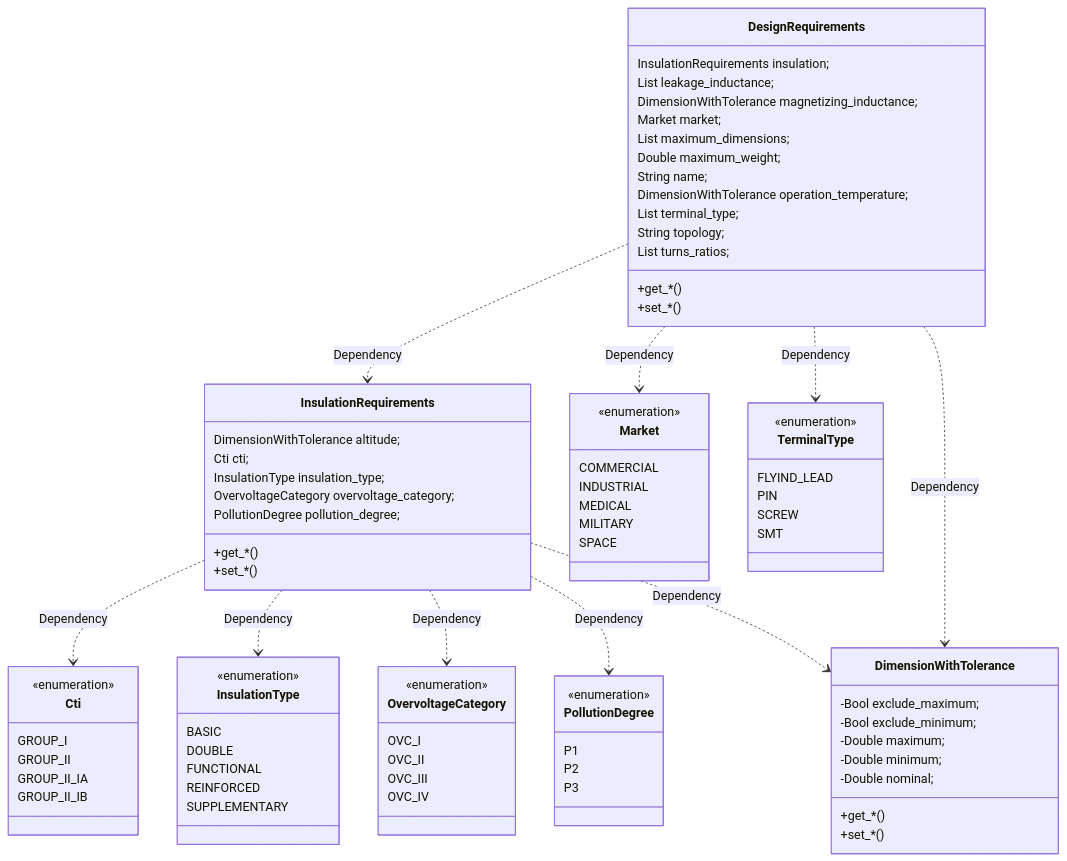
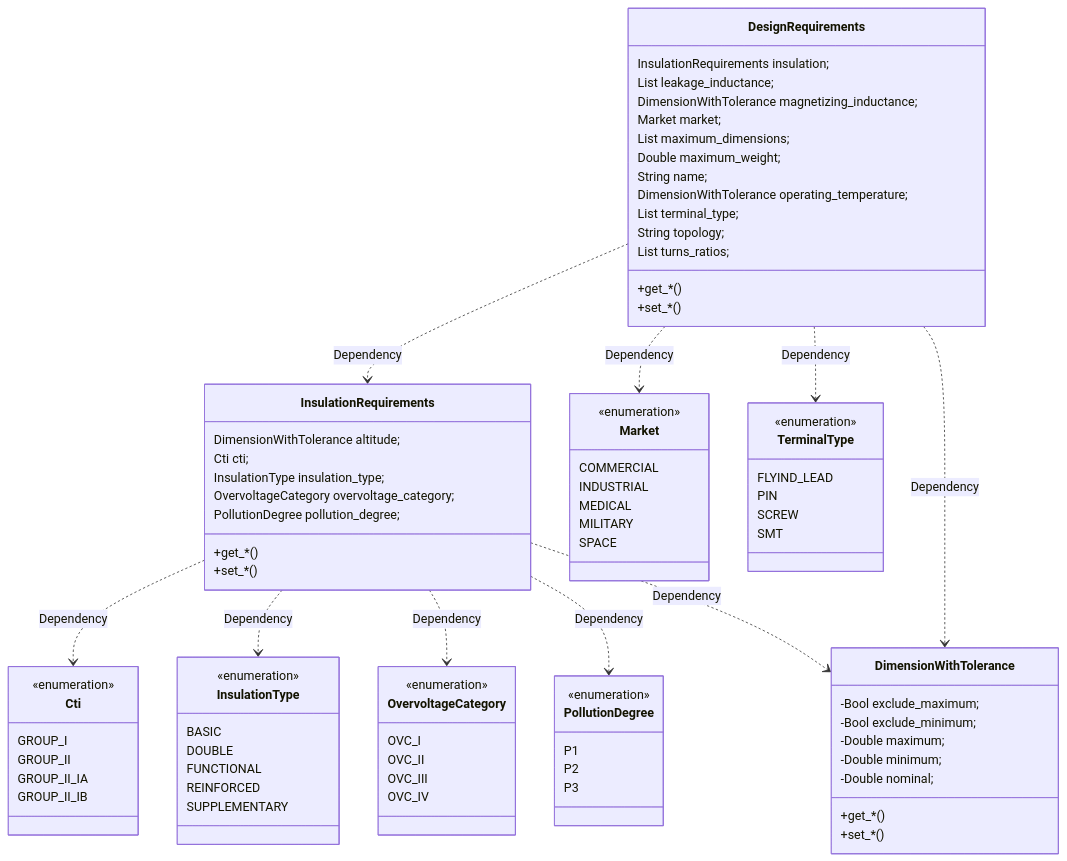
Before and after one commit to OpenMagnetics/MAS: the second of 4 diagrams in docs/inputs.md, drawn with Mermaid. The commit also changed other lines of this file and 12 other files, not shown here.

Commit message:
Renamed Operation to Operating, and EletromagneticParameter to SignalDescriptor

```diff
--- a/docs/inputs.md
+++ b/docs/inputs.md
@@ -122,7 +122,7 @@
     List<Double> maximum_dimensions;
     Double maximum_weight;
     String name;
-    DimensionWithTolerance operation_temperature;
+    DimensionWithTolerance operating_temperature;
     List<TerminalType> terminal_type;
     String topology;
     List<DimensionWithTolerance> turns_ratios;
```
